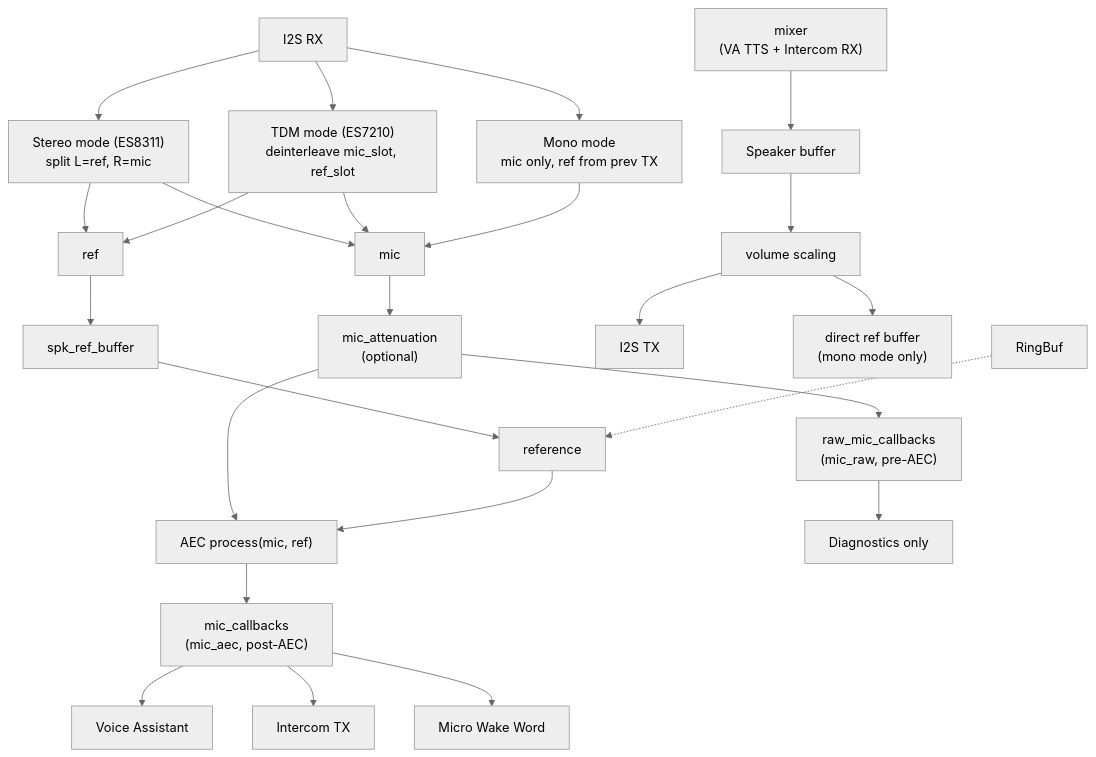
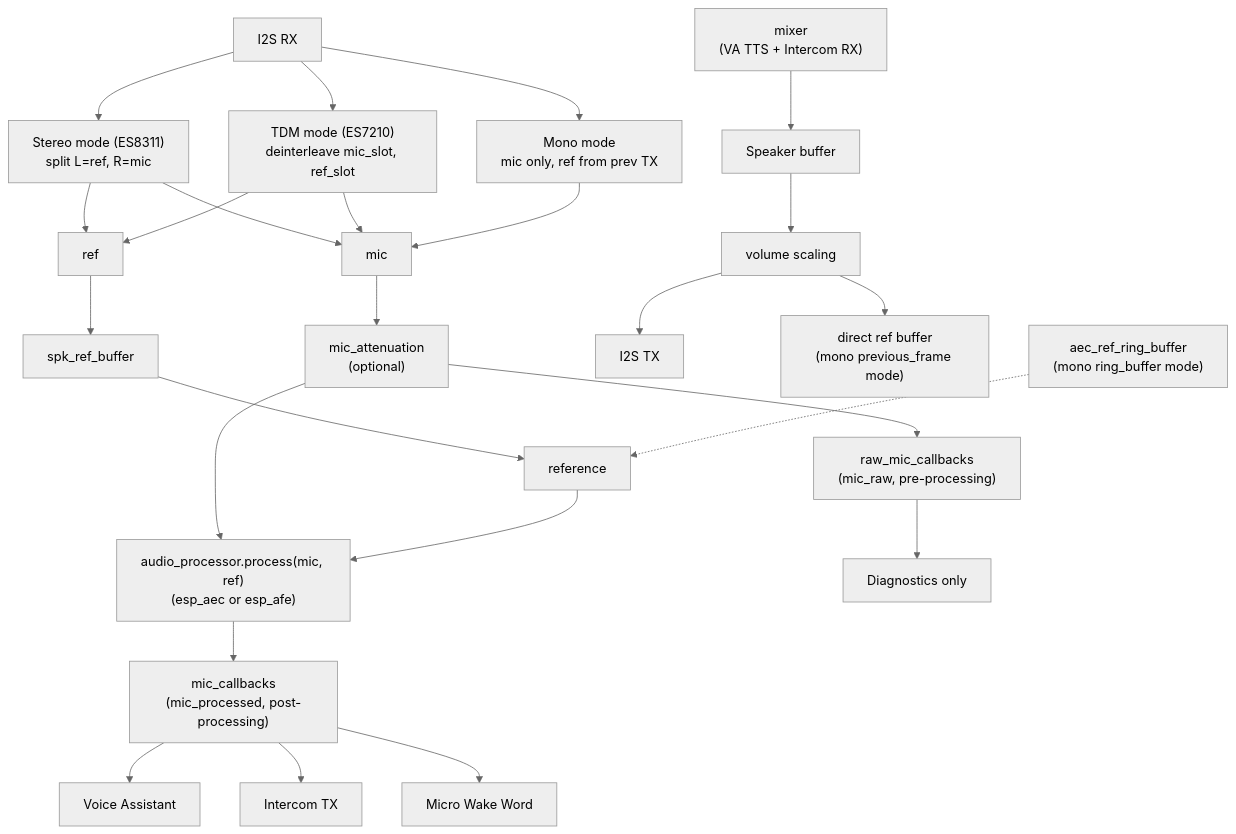
The diagram in esphome/components/i2s_audio_duplex/README.md (VladimirHulagov/esphome-intercom), drawn with Mermaid (neutral theme) before and after one commit. The commit also changed other lines of this file and 3 other files, not shown here.

````diff
--- a/esphome/components/i2s_audio_duplex/README.md
+++ b/esphome/components/i2s_audio_duplex/README.md
@@ -39,33 +39,33 @@
 ```mermaid
 graph TD
     RX[I2S RX] --> Stereo["Stereo mode (ES8311)<br/>split L=ref, R=mic"]
     RX --> TDM["TDM mode (ES7210)<br/>deinterleave mic_slot, ref_slot"]
     RX --> Mono["Mono mode<br/>mic only, ref from prev TX"]
 
     Stereo --> mic_path[mic]
     Stereo --> ref_path[ref]
     TDM --> mic_path
     TDM --> ref_path
     Mono --> mic_path
 
     mic_path --> atten["mic_attenuation<br/>(optional)"]
-    atten --> raw["raw_mic_callbacks<br/>(mic_raw, pre-AEC)"]
-    atten --> AEC["AEC process(mic, ref)"]
+    atten --> raw["raw_mic_callbacks<br/>(mic_raw, pre-processing)"]
+    atten --> Processor["audio_processor.process(mic, ref)<br/>(esp_aec or esp_afe)"]
 
     ref_path --> spk_ref[spk_ref_buffer]
     spk_ref --> reference[reference]
-    reference --> AEC
+    reference --> Processor
 
     raw --> Diag[Diagnostics only]
 
-    AEC --> post["mic_callbacks<br/>(mic_aec, post-AEC)"]
+    Processor --> post["mic_callbacks<br/>(mic_processed, post-processing)"]
     post --> VA[Voice Assistant]
     post --> ICT[Intercom TX]
     post --> MWW[Micro Wake Word]
 
     Mixer["mixer<br/>(VA TTS + Intercom RX)"] --> SPK[Speaker buffer]
     SPK --> VOL[volume scaling]
     VOL --> TX[I2S TX]
-    VOL --> DirectRef["direct ref buffer<br/>(mono mode only)"]
-    RingBuf -.-> reference
+    VOL --> DirectRef["direct ref buffer<br/>(mono previous_frame mode)"]
+    RingBuf["aec_ref_ring_buffer<br/>(mono ring_buffer mode)"] -.-> reference
 ```
````
